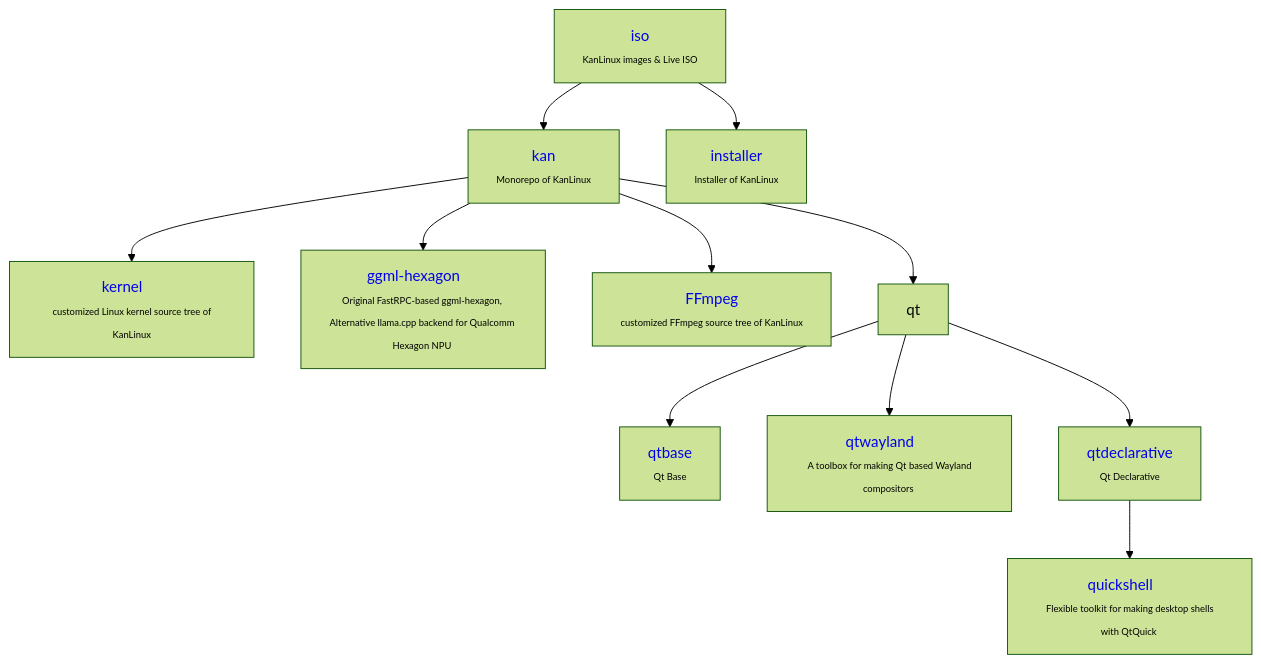
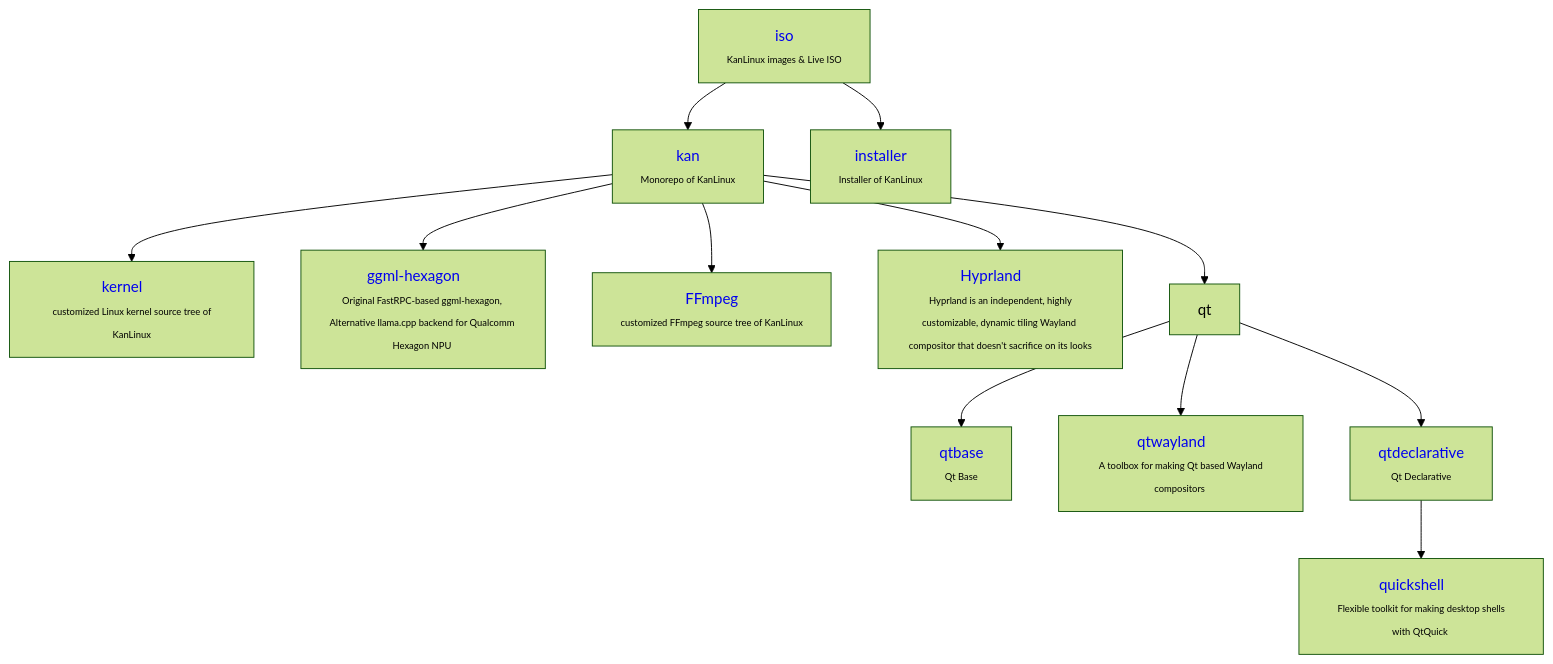
The diagram in profile/README.md (kan-linux/.github), drawn with Mermaid (forest theme) before and after one commit.

Commit message:
Update README with FFmpeg and Hyprland links

````diff
--- a/profile/README.md
+++ b/profile/README.md
@@ -11,49 +11,53 @@
 ```mermaid
 
 graph TD;
 iso --> kan
 iso --> installer
 
 kan --> kernel
 kan --> ggml-hexagon
-kan --> ffmpeg
+kan --> FFmpeg
+kan --> Hyprland
 kan --> qt
 
 
 qt --> qtbase
 qt --> qtwayland
 qt --> qtdeclarative
 
 qtdeclarative --> quickshell
 
 
 iso[<a href="https://github.com/kan-linux/iso"                       style="text-decoration:none;">iso</a>            <br><span style="font-size:10px;">KanLinux images & Live ISO</span>];
 kan[<a href="https://github.com/kan-linux/kan"         style="text-decoration:none;">kan</a>     <br><span style="font-size:10px;">Monorepo of KanLinux</span>];
 
 installer[<a href="https://github.com/kan-linux/installer"         style="text-decoration:none;">installer</a>     <br><span style="font-size:10px;">Installer of KanLinux</span>];
 
 
 
 kernel[<a href="https://github.com/kan-linux/kernel"         style="text-decoration:none;">kernel</a>     <br><span style="font-size:10px;"> customized Linux kernel source tree of KanLinux</span>];
 
 
 ggml-hexagon[<a href="https://github.com/kan-linux/ggml-hexagon/discussions/84"         style="text-decoration:none;">ggml-hexagon</a>     <br><span style="font-size:10px;">Original FastRPC-based ggml-hexagon, Alternative llama.cpp backend for Qualcomm Hexagon NPU </span>];
 
 
 
-ffmpeg[<a href="https://github.com/kan-linux/ffmpeg"         style="text-decoration:none;">FFmpeg</a>     <br><span style="font-size:10px;"> customized FFmpeg source tree of KanLinux</span>];
+FFmpeg[<a href="https://github.com/kan-linux/ffmpeg"         style="text-decoration:none;">FFmpeg</a>     <br><span style="font-size:10px;"> customized FFmpeg source tree of KanLinux</span>];
+
+
+Hyprland[<a href="https://github.com/kan-linux/Hyprland"         style="text-decoration:none;">Hyprland</a>     <br><span style="font-size:10px;"> Hyprland is an independent, highly customizable, dynamic tiling Wayland compositor that doesn't sacrifice on its looks</span>];
 
 
 qtbase[<a href="https://github.com/kan-linux/qtbase"         style="text-decoration:none;">qtbase</a>     <br><span style="font-size:10px;"> Qt Base </span>];
 
 
 
 qtwayland[<a href="https://github.com/kan-linux/qtwayland"         style="text-decoration:none;">qtwayland</a>     <br><span style="font-size:10px;"> A toolbox for making Qt based Wayland compositors </span>];
 
 qtdeclarative[<a href="https://github.com/kan-linux/qtdeclarative"         style="text-decoration:none;">qtdeclarative</a>     <br><span style="font-size:10px;"> Qt Declarative </span>];
 
 
 
 quickshell[<a href="https://github.com/kan-linux/quickshell"         style="text-decoration:none;">quickshell</a>     <br><span style="font-size:10px;"> Flexible toolkit for making desktop shells with QtQuick </span>];
 
 ```
````
